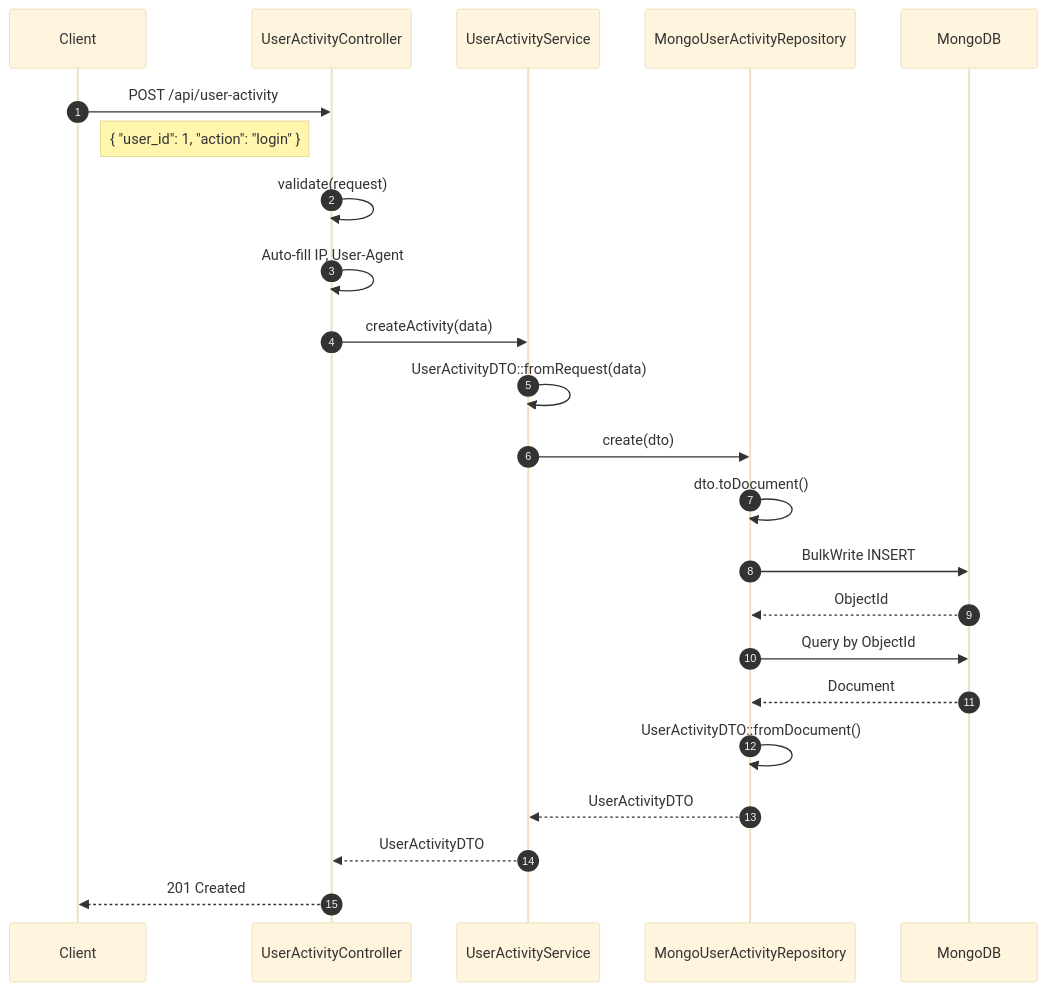
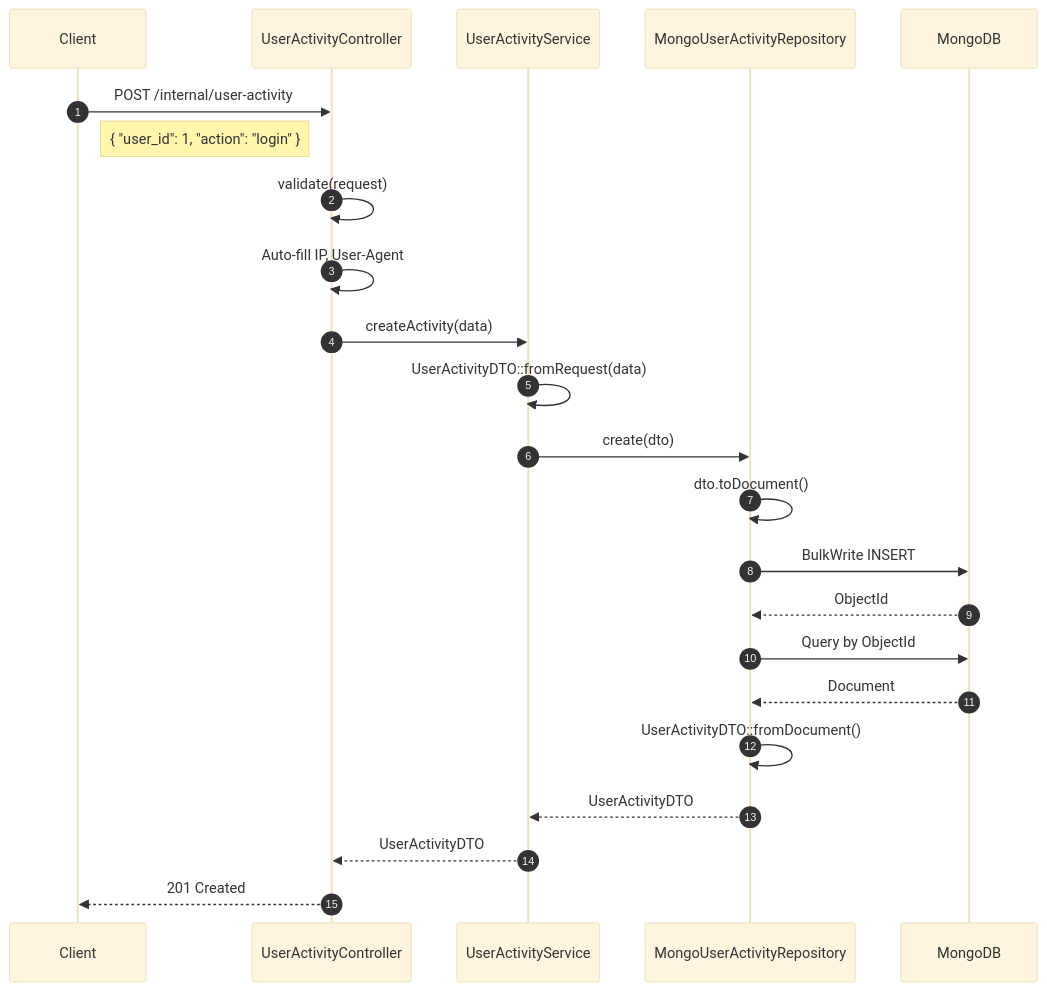
The first of 2 diagrams in docs/USER_ACTIVITY.md (shaul1991/toy-core-system), drawn with Mermaid (base theme) before and after one commit. The commit also changed other lines of this file and 7 other files, not shown here.

````diff
--- a/docs/USER_ACTIVITY.md
+++ b/docs/USER_ACTIVITY.md
@@ -328,27 +328,27 @@
 ```mermaid
 sequenceDiagram
     autonumber
     participant Client
     participant Controller as UserActivityController
     participant Service as UserActivityService
     participant Repository as MongoUserActivityRepository
     participant MongoDB
 
-    Client->>Controller: POST /api/user-activity
+    Client->>Controller: POST /internal/user-activity
     Note right of Client: { "user_id": 1, "action": "login" }
 
     Controller->>Controller: validate(request)
     Controller->>Controller: Auto-fill IP, User-Agent
     Controller->>Service: createActivity(data)
     Service->>Service: UserActivityDTO::fromRequest(data)
     Service->>Repository: create(dto)
     Repository->>Repository: dto.toDocument()
     Repository->>MongoDB: BulkWrite INSERT
     MongoDB-->>Repository: ObjectId
     Repository->>MongoDB: Query by ObjectId
     MongoDB-->>Repository: Document
     Repository->>Repository: UserActivityDTO::fromDocument()
     Repository-->>Service: UserActivityDTO
     Service-->>Controller: UserActivityDTO
     Controller-->>Client: 201 Created
 ```
````
